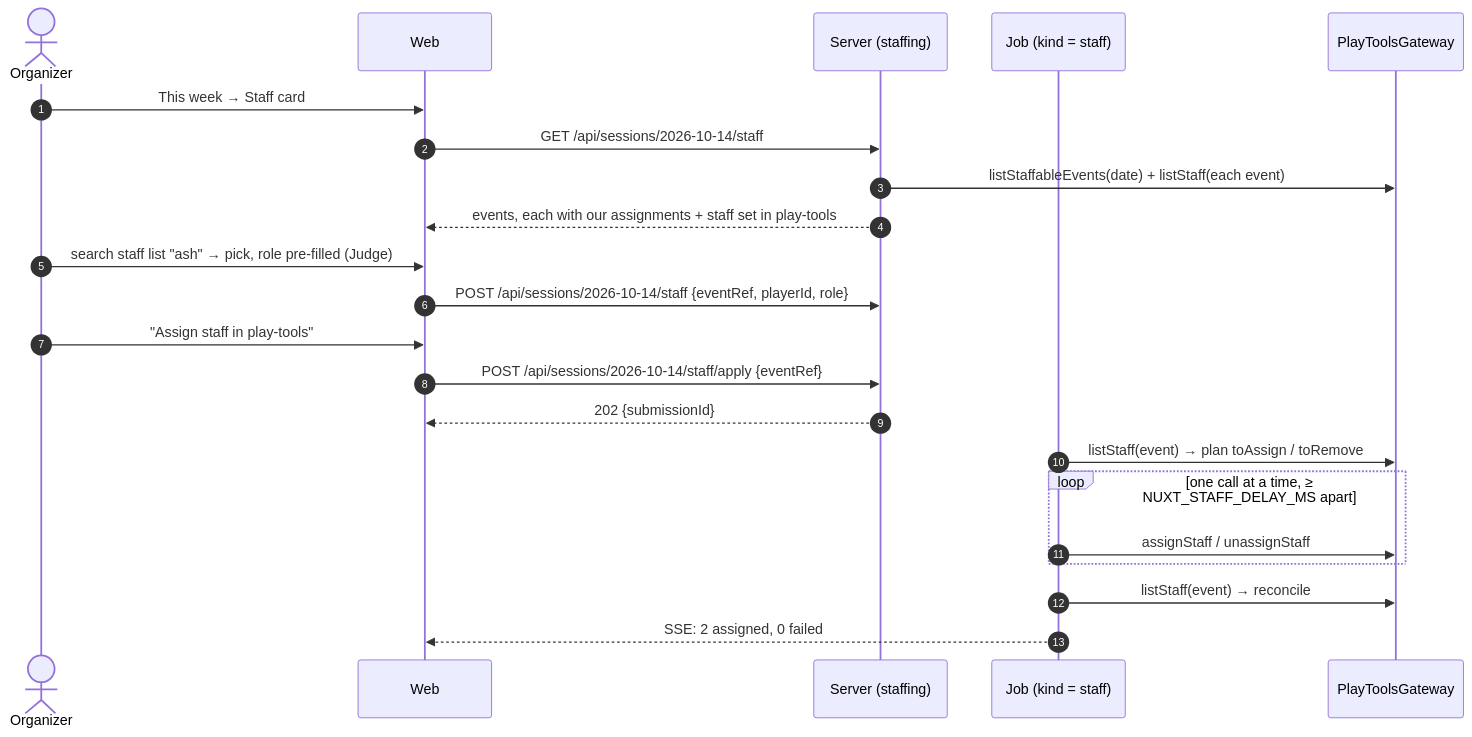
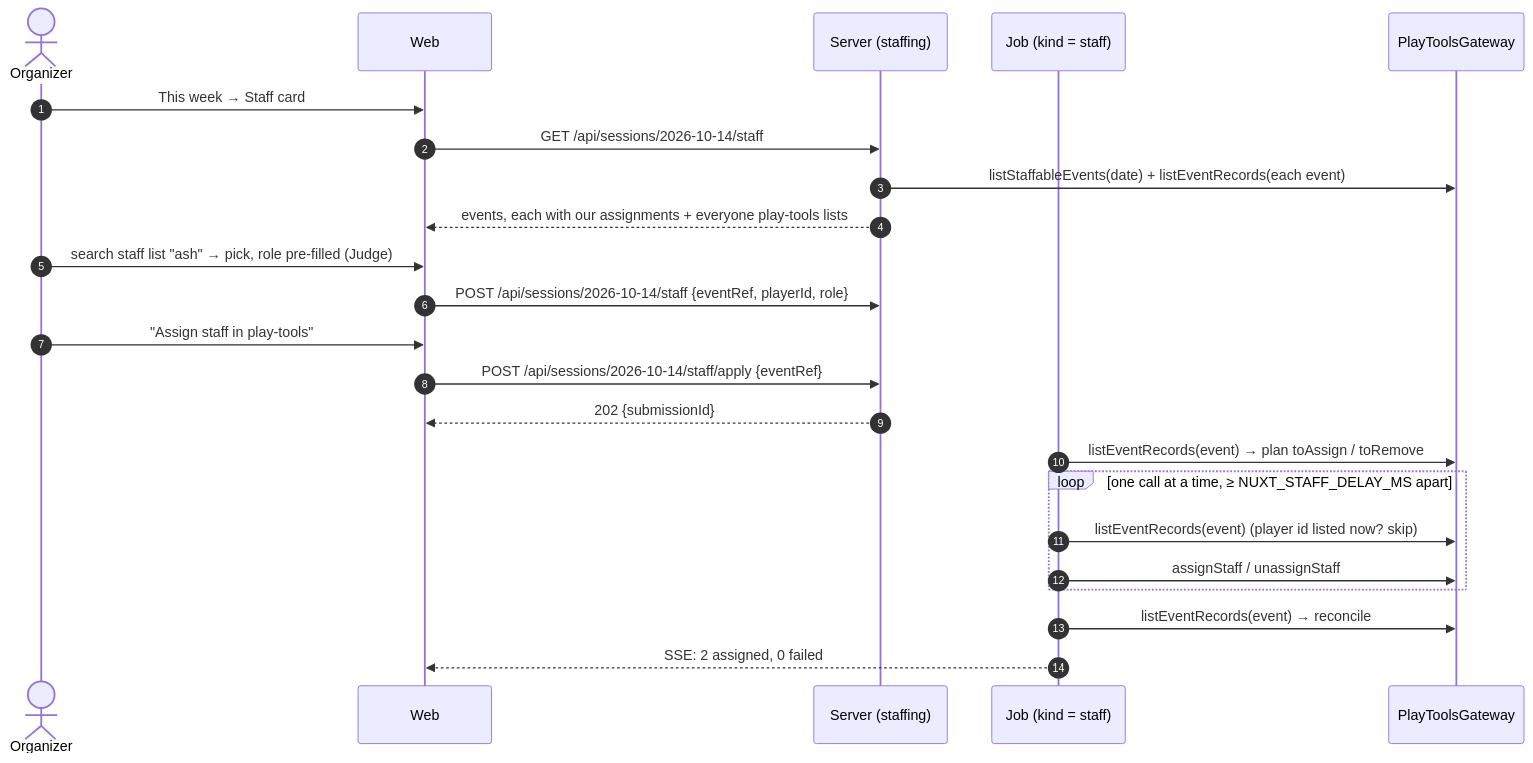
The fifth of 6 diagrams in docs/architecture/README.md (Towerism/play-pokemon-attendance-web), drawn with Mermaid before and after one commit. The commit also changed other lines of this file and 2 other files, not shown here.

First line of the commit message:
docs(architecture): never assign staff whose player id the event already lists

````diff
--- a/docs/architecture/README.md
+++ b/docs/architecture/README.md
@@ -708,25 +710,26 @@
 ```mermaid
 sequenceDiagram
   autonumber
   actor O as Organizer
   participant W as Web
   participant S as Server (staffing)
   participant J as Job (kind = staff)
   participant G as PlayToolsGateway
 
   O->>W: This week → Staff card
   W->>S: GET /api/sessions/2026-10-14/staff
-  S->>G: listStaffableEvents(date) + listStaff(each event)
-  S-->>W: events, each with our assignments + staff set in play-tools
+  S->>G: listStaffableEvents(date) + listEventRecords(each event)
+  S-->>W: events, each with our assignments + everyone play-tools lists
   O->>W: search staff list "ash" → pick, role pre-filled (Judge)
   W->>S: POST /api/sessions/2026-10-14/staff {eventRef, playerId, role}
   O->>W: "Assign staff in play-tools"
   W->>S: POST /api/sessions/2026-10-14/staff/apply {eventRef}
   S-->>W: 202 {submissionId}
-  J->>G: listStaff(event) → plan toAssign / toRemove
+  J->>G: listEventRecords(event) → plan toAssign / toRemove
   loop one call at a time, ≥ NUXT_STAFF_DELAY_MS apart
+    J->>G: listEventRecords(event) (player id listed now? skip)
     J->>G: assignStaff / unassignStaff
   end
-  J->>G: listStaff(event) → reconcile
+  J->>G: listEventRecords(event) → reconcile
   J-->>W: SSE: 2 assigned, 0 failed
 ```
````
